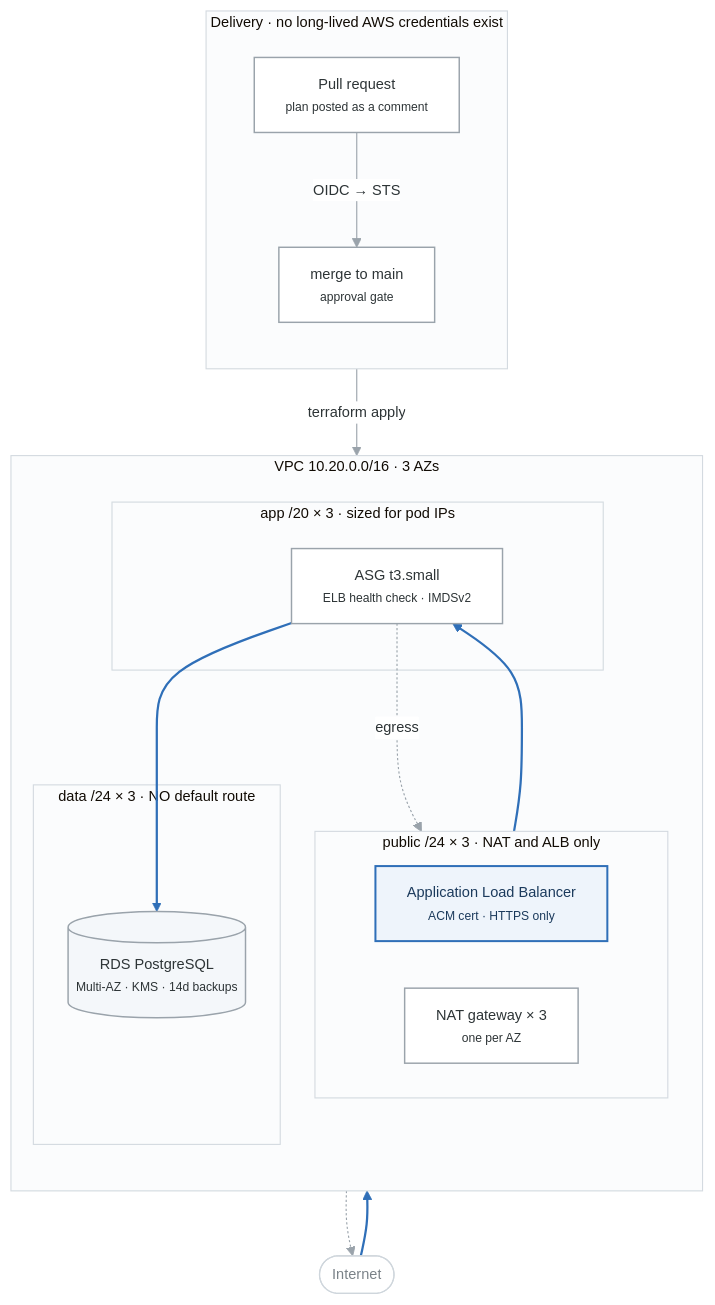
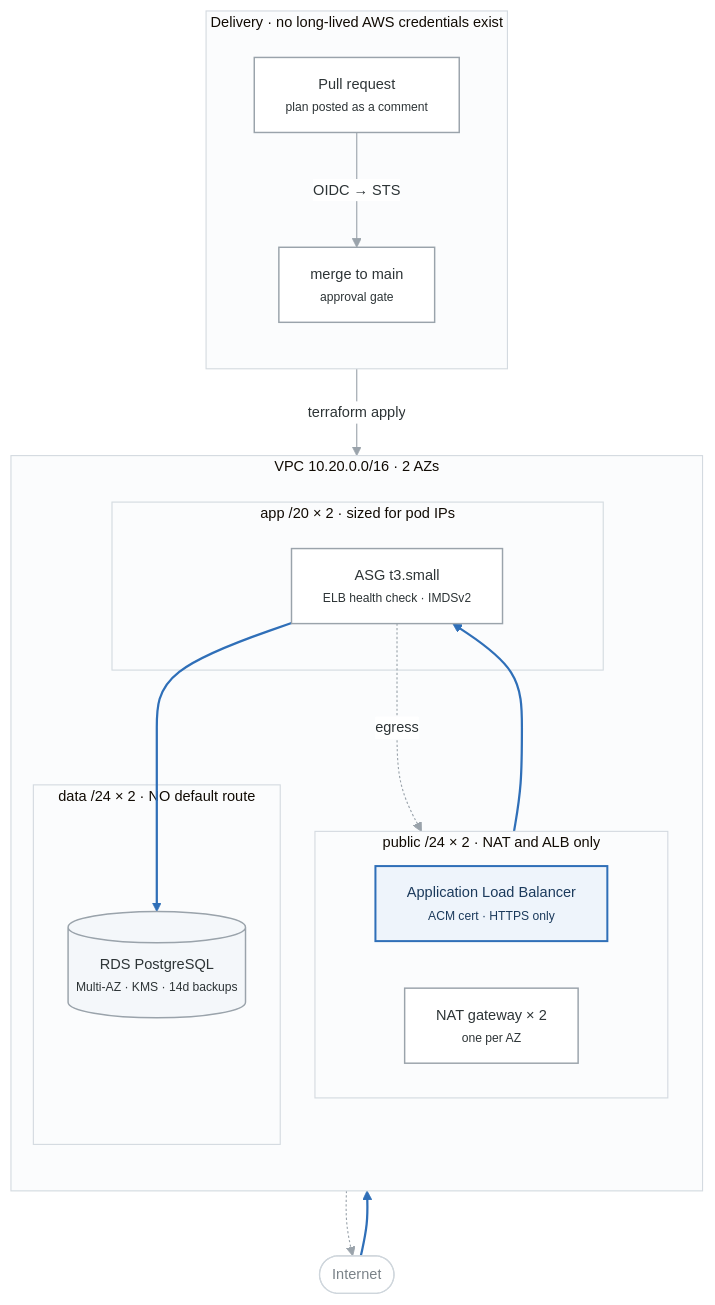
Before and after one commit to Twolliston-CPG/Mastery: the diagram in curriculum/week-13/labs/LABS.md, drawn with Mermaid. The commit also changed other lines of this file and 381 other files, not shown here.

````diff
--- a/curriculum/week-13/labs/LABS.md
+++ b/curriculum/week-13/labs/LABS.md
@@ -68,41 +72,41 @@
 ```mermaid
 %%{init: {'theme':'base','themeVariables':{'fontFamily':'Helvetica, Arial, sans-serif','fontSize':'13px','primaryColor':'#ffffff','primaryTextColor':'#2d3436','primaryBorderColor':'#9aa3ab','lineColor':'#9aa3ab','textColor':'#2d3436','clusterBkg':'#fbfcfd','clusterBorder':'#d4dae0','edgeLabelBackground':'#ffffff','tertiaryColor':'#eef4fb'},'flowchart':{'curve':'basis','padding':14,'nodeSpacing':42,'rankSpacing':58}}}%%
 flowchart TB
   classDef default fill:#ffffff,stroke:#9aa3ab,stroke-width:1.3px,color:#2d3436
   classDef n    fill:#ffffff,stroke:#9aa3ab,stroke-width:1.3px,color:#2d3436
   classDef crit fill:#eef4fb,stroke:#2f6fb8,stroke-width:1.8px,color:#1b3a5c
   classDef data fill:#f4f7fa,stroke:#9aa3ab,stroke-width:1.3px,color:#2d3436
   classDef mut  fill:#ffffff,stroke:#cfd6dc,stroke-width:1.1px,color:#7a8288
   classDef warn fill:#fdf0ec,stroke:#c0522d,stroke-width:1.6px,color:#8a3a1e
 
   NET(["Internet"]):::mut
 
   subgraph GH["Delivery · no long-lived AWS credentials exist"]
     direction TB
     PR["Pull request<br/><small>plan posted as a comment</small>"]:::n
     MAIN["merge to main<br/><small>approval gate</small>"]:::n
     PR -->|"OIDC → STS"| MAIN
   end
 
-  subgraph VPC["VPC 10.20.0.0/16 · 3 AZs"]
+  subgraph VPC["VPC 10.20.0.0/16 · 2 AZs"]
     direction TB
-    subgraph PUB["public /24 × 3 · NAT and ALB only"]
+    subgraph PUB["public /24 × 2 · NAT and ALB only"]
       direction LR
       ALB["Application Load Balancer<br/><small>ACM cert · HTTPS only</small>"]:::crit
-      NAT["NAT gateway × 3<br/><small>one per AZ</small>"]:::n
+      NAT["NAT gateway × 2<br/><small>one per AZ</small>"]:::n
     end
-    subgraph APP["app /20 × 3 · sized for pod IPs"]
+    subgraph APP["app /20 × 2 · sized for pod IPs"]
       ASG["ASG t3.small<br/><small>ELB health check · IMDSv2</small>"]:::n
     end
-    subgraph DATA["data /24 × 3 · NO default route"]
+    subgraph DATA["data /24 × 2 · NO default route"]
       RDS[("RDS PostgreSQL<br/><small>Multi-AZ · KMS · 14d backups</small>")]:::data
     end
   end
 
   NET --> ALB --> ASG --> RDS
   ASG -.->|"egress"| NAT
   NAT -.-> NET
   MAIN -->|"terraform apply"| VPC
 
   linkStyle 1,2,3 stroke:#2f6fb8,stroke-width:2px
 ```
````
